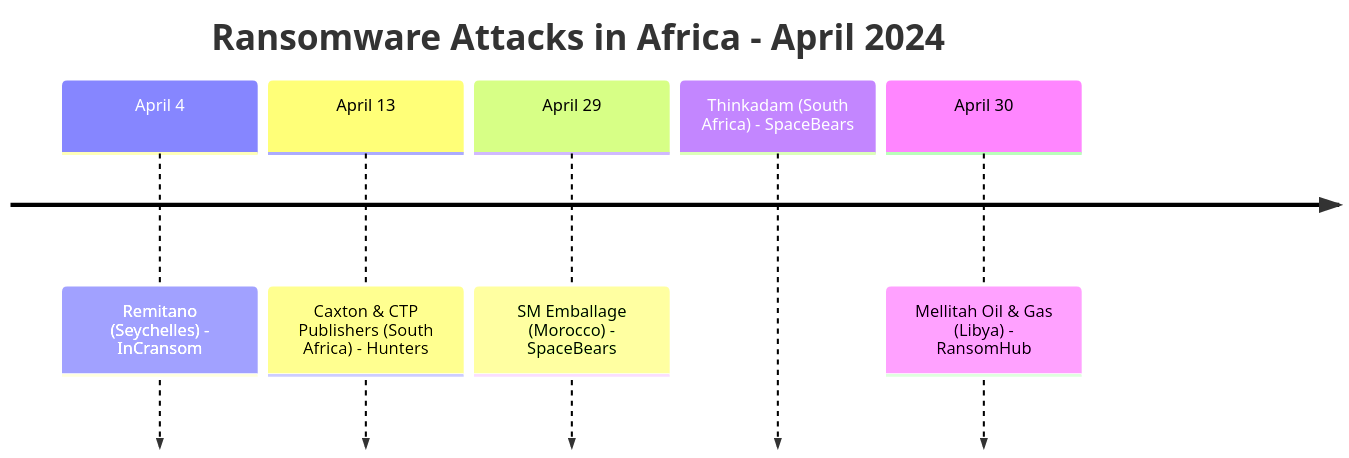
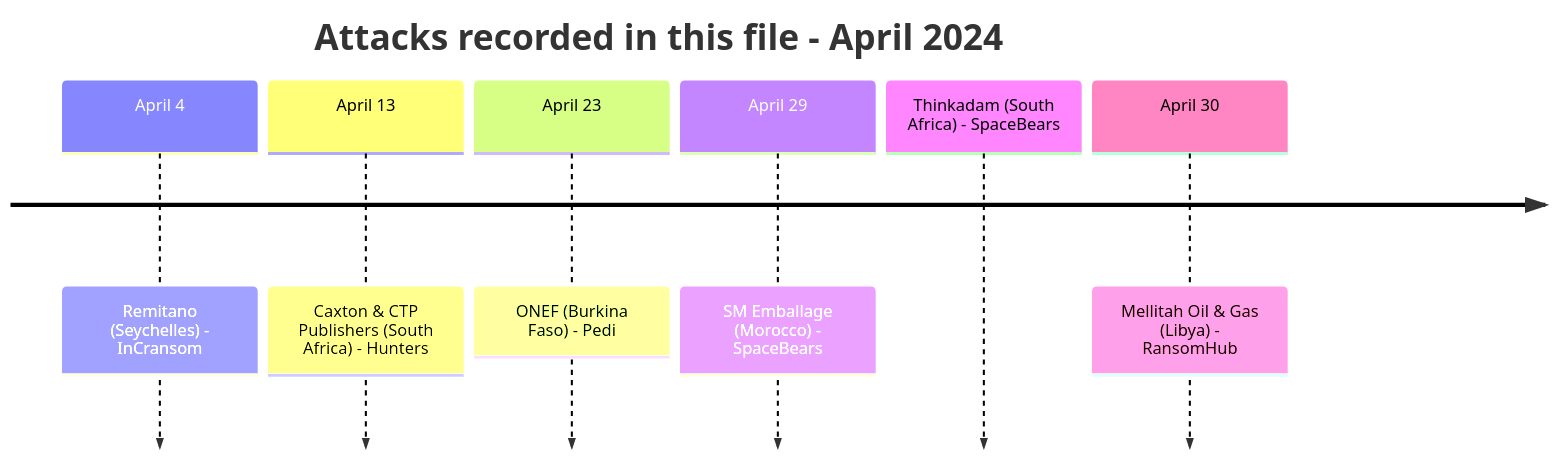
Before and after one commit to Hatchepsoute/AFRINTEL: the first of 5 diagrams in CyberAttackAfrica/2024/04-april/README.md, drawn with Mermaid. The commit also changed other lines of this file and 255 other files, not shown here.

````diff
--- a/CyberAttackAfrica/2024/04-april/README.md
+++ b/CyberAttackAfrica/2024/04-april/README.md
@@ -36,9 +38,10 @@
 ```mermaid
 timeline
-    title Ransomware Attacks in Africa - April 2024
+    title Attacks recorded in this file - April 2024
     April 4 : Remitano (Seychelles) - InCransom
     April 13 : Caxton & CTP Publishers (South Africa) - Hunters
+    April 23 : ONEF (Burkina Faso) - Pedi
     April 29 : SM Emballage (Morocco) - SpaceBears
                Thinkadam (South Africa) - SpaceBears
     April 30 : Mellitah Oil & Gas (Libya) - RansomHub
 ```
````
